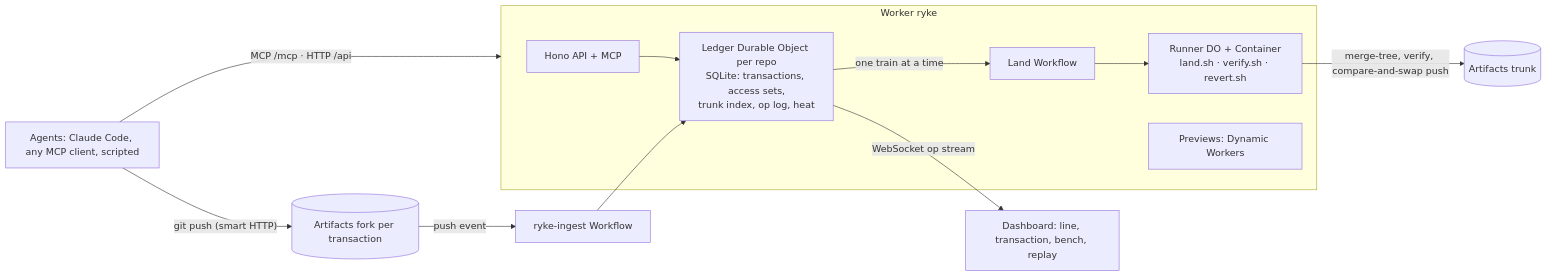
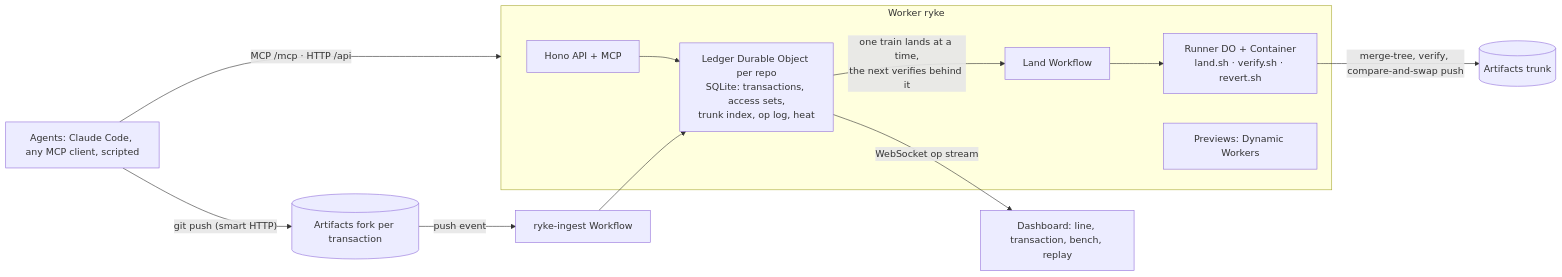
The diagram in README.md (cloudlei-de/ryke), drawn with Mermaid before and after one commit. The commit also changed 26 other files, not shown here.

First line of the commit message:
feat: verify the next train on the candidate of the train landing ahead

````diff
--- a/README.md
+++ b/README.md
@@ -45,14 +45,14 @@
 ```mermaid
 flowchart LR
   A[Agents: Claude Code, any MCP client, scripted] -- "MCP /mcp · HTTP /api" --> W
   A -- "git push (smart HTTP)" --> F[(Artifacts fork per transaction)]
   subgraph W [Worker ryke]
     API[Hono API + MCP] --> L[Ledger Durable Object per repo<br/>SQLite: transactions, access sets,<br/>trunk index, op log, heat]
-    L -- "one train at a time" --> LW[Land Workflow]
+    L -- "one train lands at a time,<br/>the next verifies behind it" --> LW[Land Workflow]
     LW --> R[Runner DO + Container<br/>land.sh · verify.sh · revert.sh]
     P[Previews: Dynamic Workers]
   end
   F -- "push event" --> IW[ryke-ingest Workflow] --> L
   R -- "merge-tree, verify, compare-and-swap push" --> T[(Artifacts trunk)]
   L -- "WebSocket op stream" --> D[Dashboard: line, transaction, bench, replay]
 ```
````
